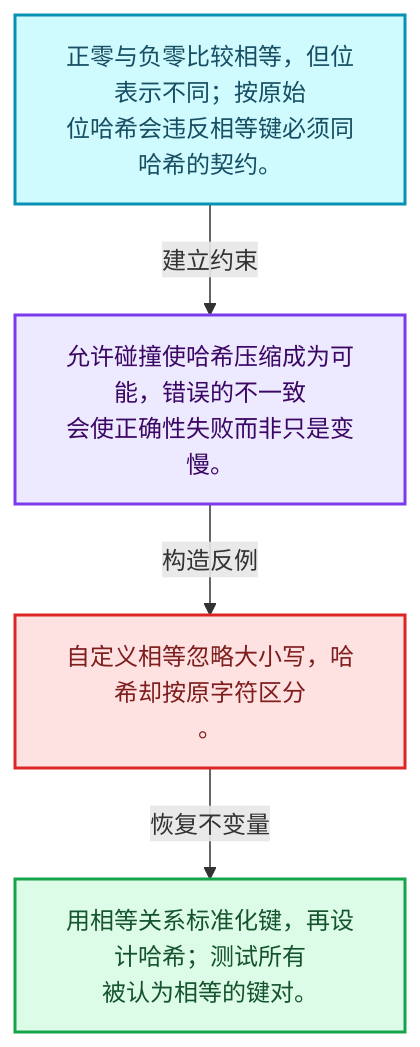
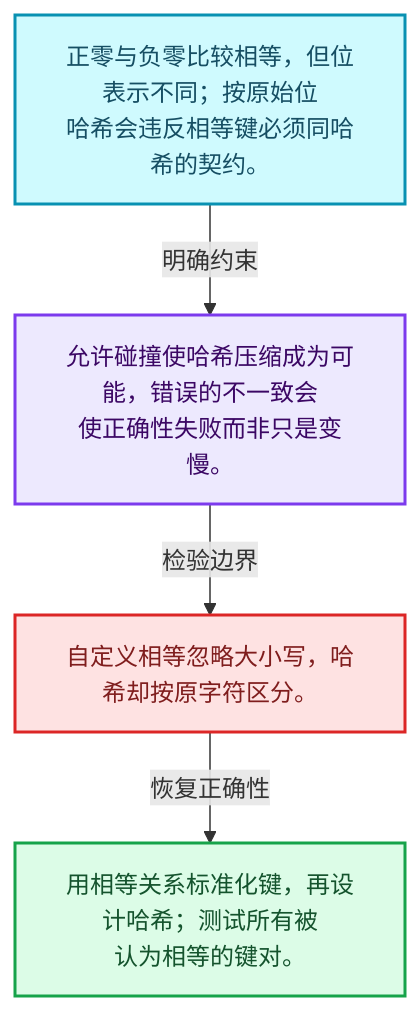
One commit to yunkezengren/blender-.vscode changed the first of 4 diagrams in 杂/markdown/全面学习-codex/02-哈希表与关联数据结构/01-哈希与相等契约.md. Above: the diagram before and after it, drawn with Mermaid. The commit also changed other lines of this file and 1930 other files, not shown here.

````diff
--- a/杂/markdown/全面学习-codex/02-哈希表与关联数据结构/01-哈希与相等契约.md
+++ b/杂/markdown/全面学习-codex/02-哈希表与关联数据结构/01-哈希与相等契约.md
@@ -29,16 +29,16 @@
 ```mermaid
 flowchart TB
-  M["正零与负零比较相等，但位表示不同；按原始<br/>位哈希会违反相等键必须同哈希的契约。"]:::data
-  T["允许碰撞使哈希压缩成为可能，错误的不一致<br/>会使正确性失败而非只是变慢。"]:::abstraction
-  X["自定义相等忽略大小写，哈希却按原字符区分<br/>。"]:::error
-  A["用相等关系标准化键，再设计哈希；测试所有<br/>被认为相等的键对。"]:::result
-  M -->|"建立约束"| T
-  T -->|"构造反例"| X
-  X -->|"恢复不变量"| A
+  M["正零与负零比较相等，但位表示不同；按原始位<br/>哈希会违反相等键必须同哈希的契约。"]:::data
+  C["允许碰撞使哈希压缩成为可能，错误的不一致会<br/>使正确性失败而非只是变慢。"]:::abstraction
+  B["自定义相等忽略大小写，哈希却按原字符区分。"]:::error
+  R["用相等关系标准化键，再设计哈希；测试所有被<br/>认为相等的键对。"]:::result
+  M -->|"明确约束"| C
+  C -->|"检验边界"| B
+  B -->|"恢复正确性"| R
   classDef input fill:#DBEAFE,stroke:#2563EB,color:#172554,stroke-width:2px;
   classDef data fill:#CFFAFE,stroke:#0891B2,color:#164E63,stroke-width:2px;
   classDef abstraction fill:#EDE9FE,stroke:#7C3AED,color:#3B0764,stroke-width:2px;
   classDef compute fill:#FEF3C7,stroke:#D97706,color:#78350F,stroke-width:2px;
   classDef result fill:#DCFCE7,stroke:#16A34A,color:#14532D,stroke-width:2px;
   classDef error fill:#FEE2E2,stroke:#DC2626,color:#7F1D1D,stroke-width:2px;
 ```
````
